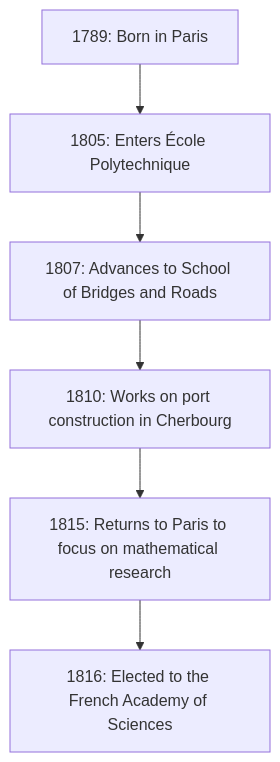
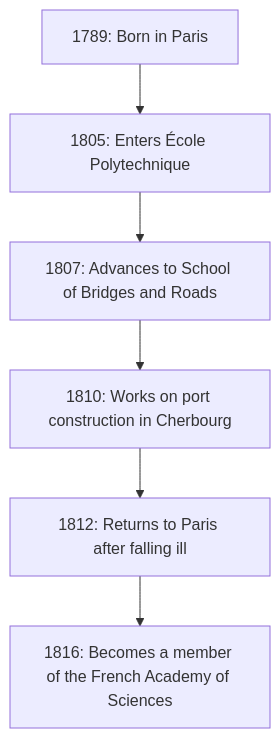
Before and after one commit to kenjinote/blog: the diagram in content/post/cauchy/index.en.md, drawn with Mermaid. The commit also changed other lines of this file and 6 other files, not shown here.

````diff
--- a/content/post/cauchy/index.en.md
+++ b/content/post/cauchy/index.en.md
@@ -32,8 +32,8 @@
 ```mermaid
 flowchart TD
     A["1789: Born in Paris"] --> B["1805: Enters École Polytechnique"]
     B --> C["1807: Advances to School of Bridges and Roads"]
     C --> D["1810: Works on port construction in Cherbourg"]
-    D --> E["1815: Returns to Paris to focus on mathematical research"]
-    E --> F["1816: Elected to the French Academy of Sciences"]
+    D --> E["1812: Returns to Paris after falling ill"]
+    E --> F["1816: Becomes a member of the French Academy of Sciences"]
 ```
````
